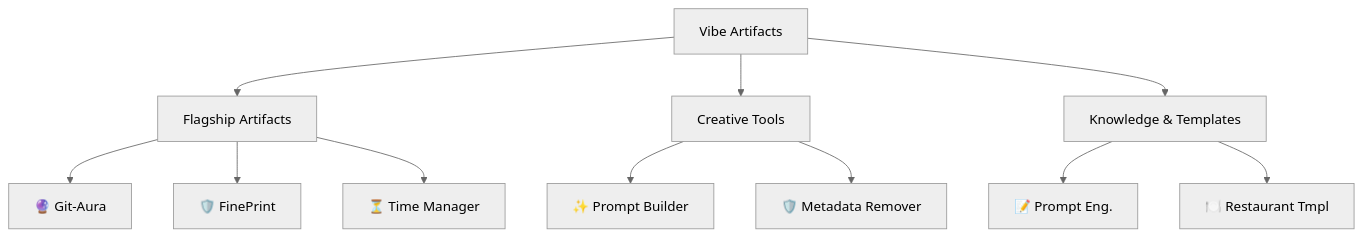
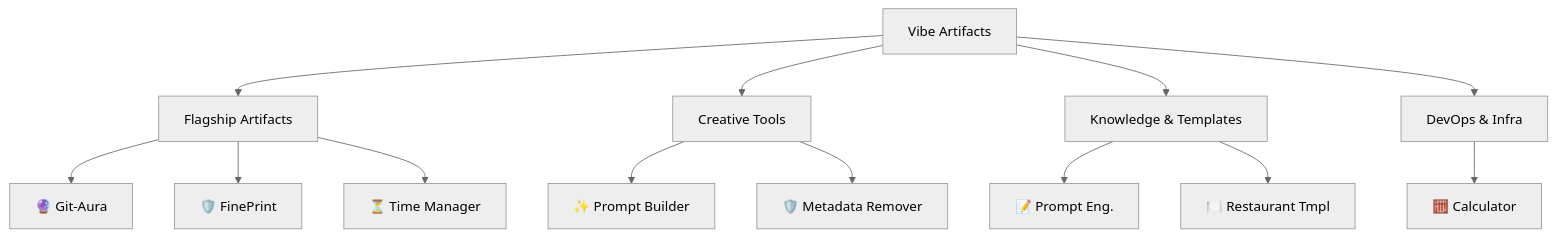
Before and after one commit to aditya452007/Vibe-Artifacts: the diagram in README.md, drawn with Mermaid (neutral theme). The commit also changed other lines of this file and 3 other files, not shown here.

First line of the commit message:
Update READMEs for aesthetic consistency and add DevOps artifacts

````diff
--- a/README.md
+++ b/README.md
@@ -16,16 +16,19 @@
 ```mermaid
 graph TD;
     A[Vibe Artifacts] --> B[Flagship Artifacts];
     A --> C[Creative Tools];
     A --> D[Knowledge & Templates];
+    A --> E[DevOps & Infra];
 
     B --> B1[🔮 Git-Aura];
     B --> B2[🛡️ FinePrint];
     B --> B3[⏳ Time Manager];
 
     C --> C1[✨ Prompt Builder];
     C --> C2[🛡️ Metadata Remover];
 
     D --> D1[📝 Prompt Eng.];
     D --> D2[🍽️ Restaurant Tmpl];
+
+    E --> E1[🧮 Calculator];
 ```
````
